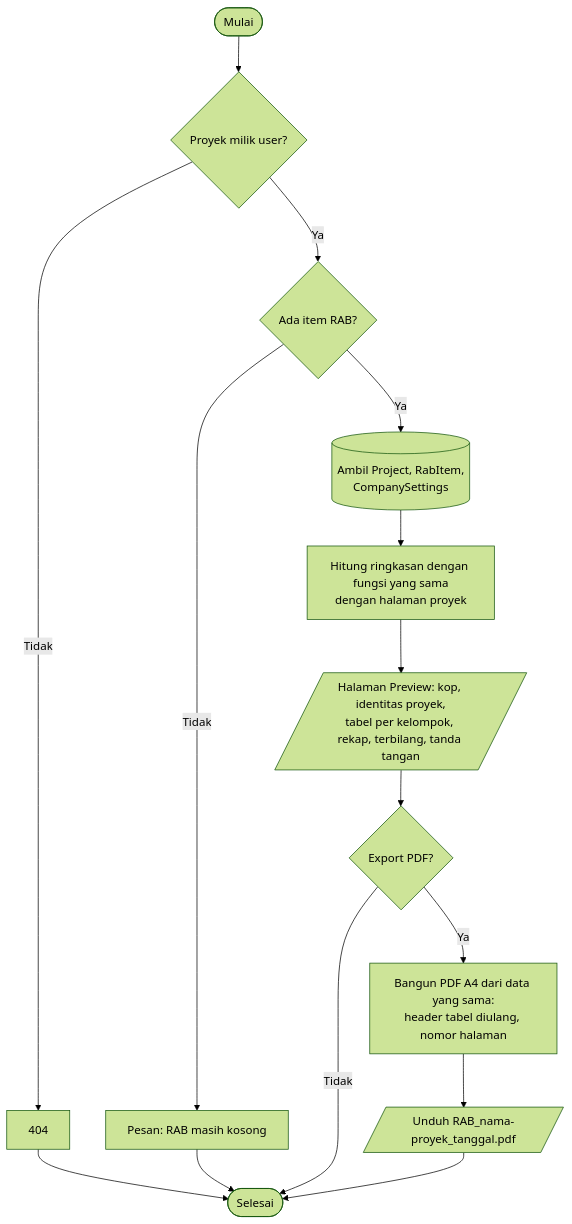
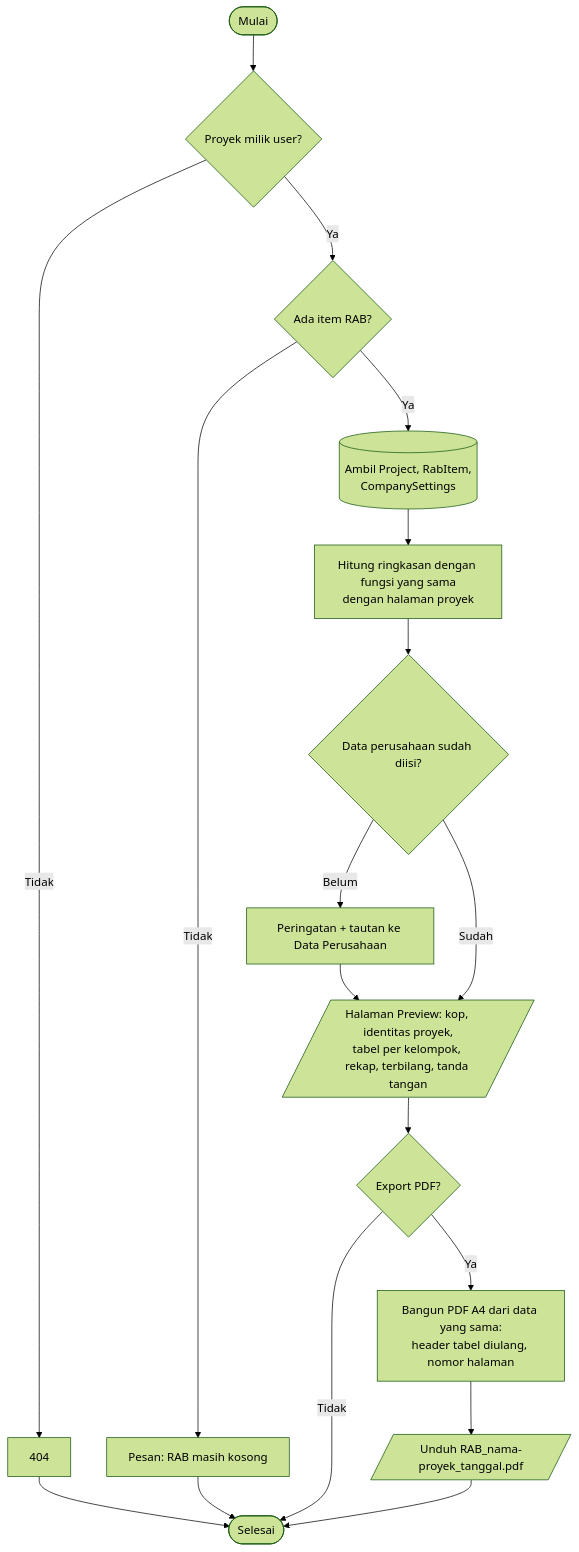
One commit to ditt1945/RAB-system changed the seventh of 8 diagrams in docs/FLOWCHART.md. Above: the diagram before and after it, drawn with Mermaid (forest theme). The commit also changed other lines of this file and 14 other files, not shown here.

````diff
--- a/docs/FLOWCHART.md
+++ b/docs/FLOWCHART.md
@@ -192,15 +197,18 @@
 ```mermaid
 flowchart TD
     S([Mulai]) --> CEK{Proyek milik user?}
     CEK -->|Tidak| N[404] --> X([Selesai])
     CEK -->|Ya| ITEM{Ada item RAB?}
     ITEM -->|Tidak| KOS[Pesan: RAB masih kosong] --> X
     ITEM -->|Ya| AMB[(Ambil Project, RabItem,<br/>CompanySettings)]
     AMB --> HIT[Hitung ringkasan dengan fungsi yang sama<br/>dengan halaman proyek]
-    HIT --> PV[/"Halaman Preview: kop, identitas proyek,<br/>tabel per kelompok, rekap, terbilang, tanda tangan"/]
+    HIT --> KOP{Data perusahaan sudah diisi?}
+    KOP -->|Belum| WARN[Peringatan + tautan ke Data Perusahaan] --> PV
+    KOP -->|Sudah| PV
+    PV[/"Halaman Preview: kop, identitas proyek,<br/>tabel per kelompok, rekap, terbilang, tanda tangan"/]
     PV --> A{Export PDF?}
     A -->|Tidak| X
     A -->|Ya| GEN[Bangun PDF A4 dari data yang sama:<br/>header tabel diulang, nomor halaman]
     GEN --> DL[/"Unduh RAB_nama-proyek_tanggal.pdf"/]
     DL --> X
 ```
````
